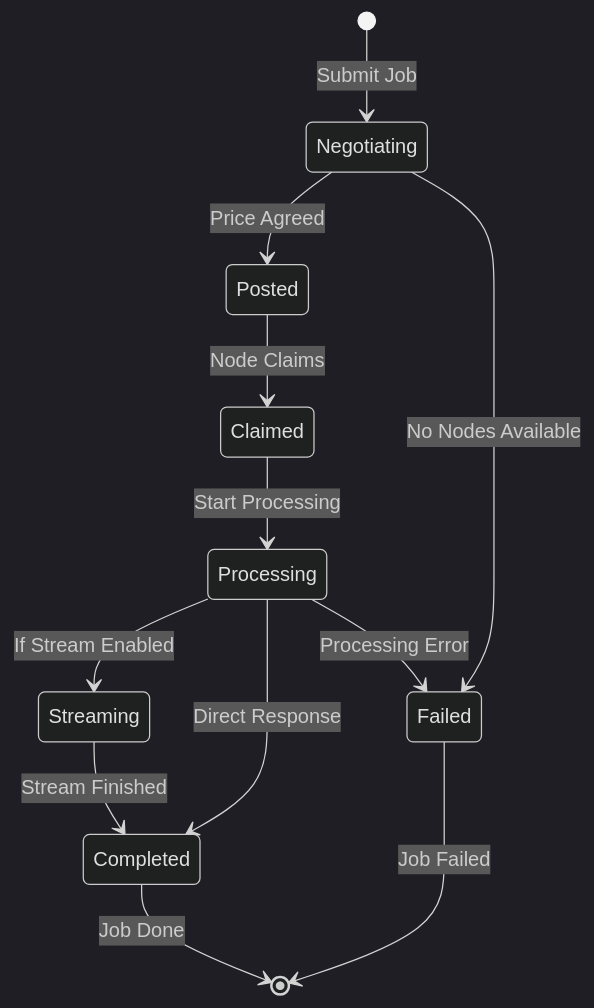
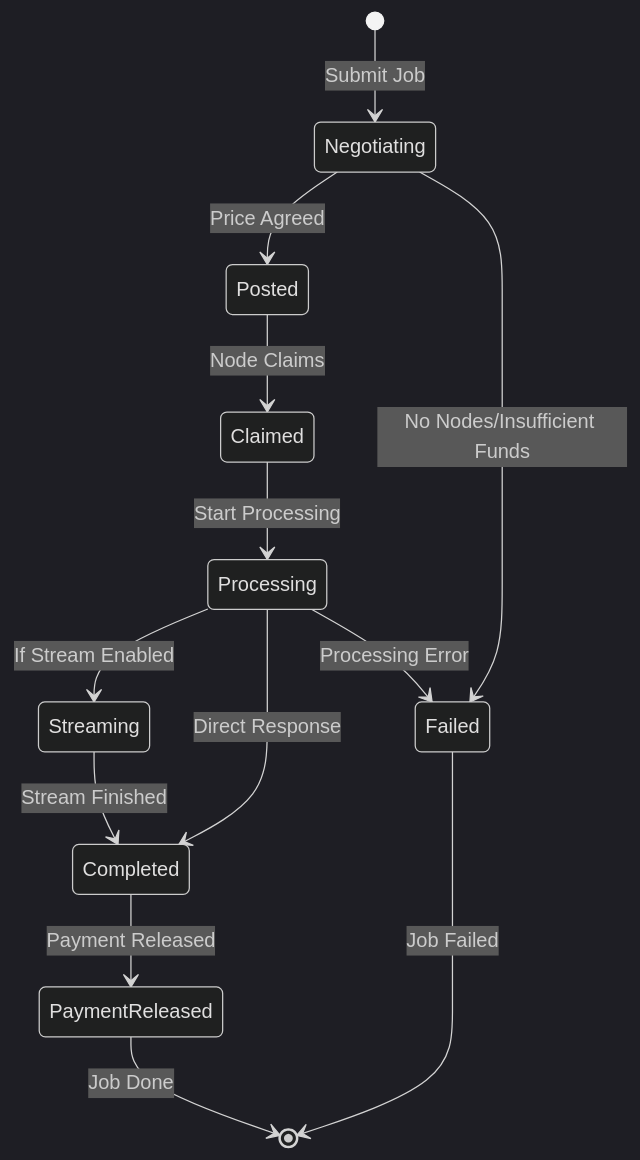
One commit to Fabstir/fabstir-llm-sdk changed the sixth of 9 diagrams in docs/ARCHITECTURE.md. Above: the diagram before and after it, drawn with Mermaid (dark theme). The commit also changed other lines of this file and 5 other files, not shown here.

````diff
--- a/docs/ARCHITECTURE.md
+++ b/docs/ARCHITECTURE.md
@@ -241,15 +357,16 @@
 ```mermaid
 stateDiagram-v2
     [*] --> Negotiating: Submit Job
     Negotiating --> Posted: Price Agreed
     Posted --> Claimed: Node Claims
     Claimed --> Processing: Start Processing
     Processing --> Streaming: If Stream Enabled
     Processing --> Completed: Direct Response
     Streaming --> Completed: Stream Finished
-    Completed --> [*]: Job Done
+    Completed --> PaymentReleased: Payment Released
+    PaymentReleased --> [*]: Job Done
     
-    Negotiating --> Failed: No Nodes Available
+    Negotiating --> Failed: No Nodes/Insufficient Funds
     Processing --> Failed: Processing Error
     Failed --> [*]: Job Failed
 ```
````
